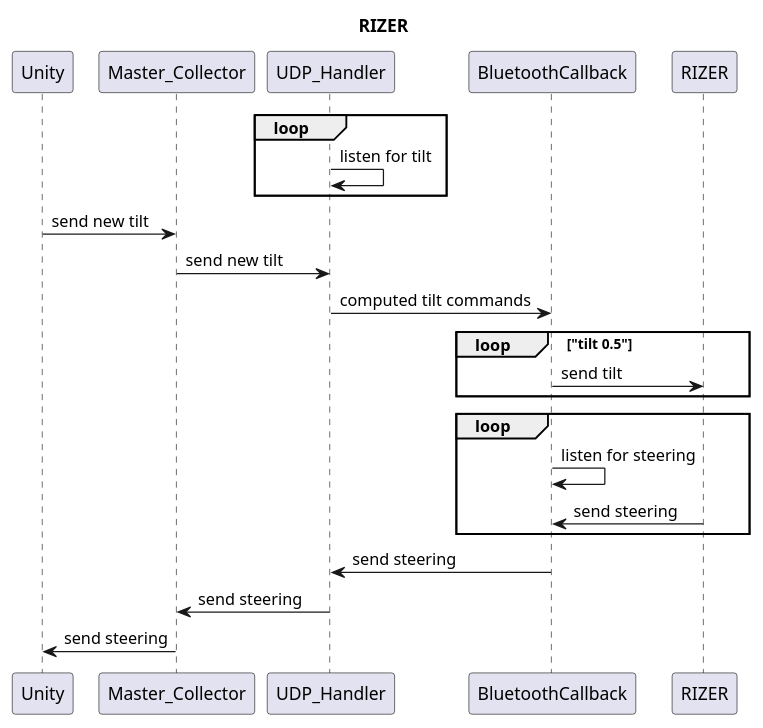
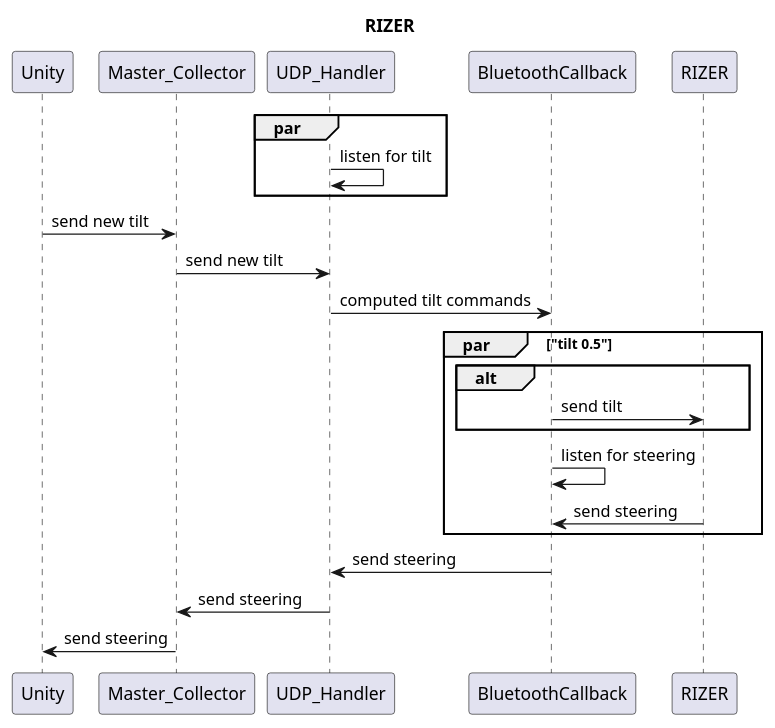
The diagram in docs/rizer_sequencediagram.wsd (DaveBsns/SimulatorRaspberry), drawn with PlantUML before and after one commit.

```diff
--- a/docs/rizer_sequencediagram.wsd
+++ b/docs/rizer_sequencediagram.wsd
@@ -1,34 +1,35 @@
-@startuml 
+@startuml test
 title "RIZER"
 
 participant Unity
 participant Master_Collector
 participant UDP_Handler
 participant BluetoothCallback
 participant RIZER
 
 
-loop
+par 
     UDP_Handler -> UDP_Handler: listen for tilt
 end
 
 Unity -> Master_Collector: send new tilt
 Master_Collector -> UDP_Handler: send new tilt
 
 UDP_Handler -> BluetoothCallback: computed tilt commands
 
-loop "tilt 0.5"
-    BluetoothCallback -> RIZER: send tilt
-end
+par "tilt 0.5"
 
-loop 
+    alt
+       BluetoothCallback -> RIZER: send tilt
+    end
+
     BluetoothCallback -> BluetoothCallback: listen for steering
     RIZER -> BluetoothCallback: send steering
 end
 
 
 BluetoothCallback -> UDP_Handler: send steering
 UDP_Handler -> Master_Collector: send steering
 Master_Collector -> Unity: send steering
 
 @enduml
```
